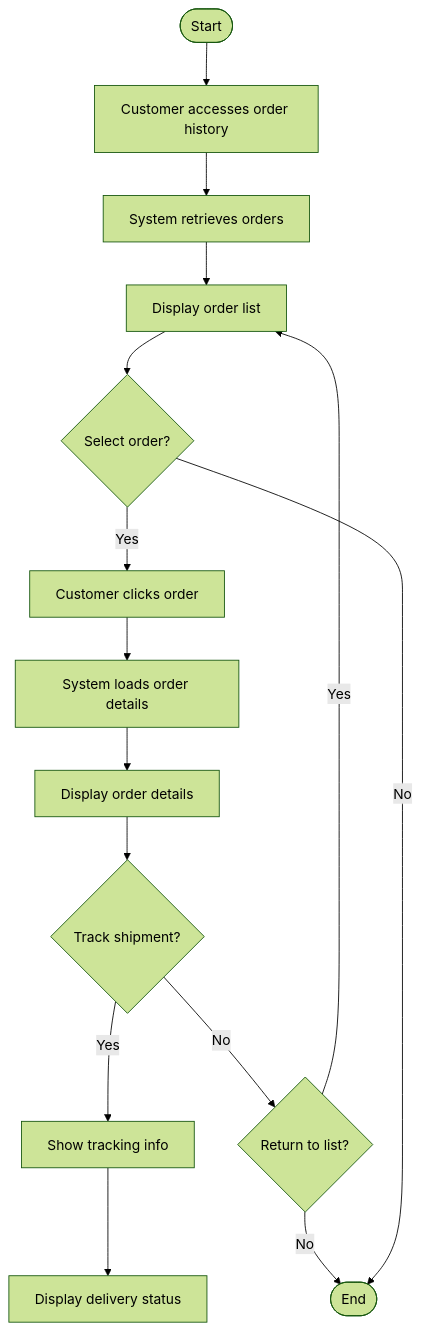
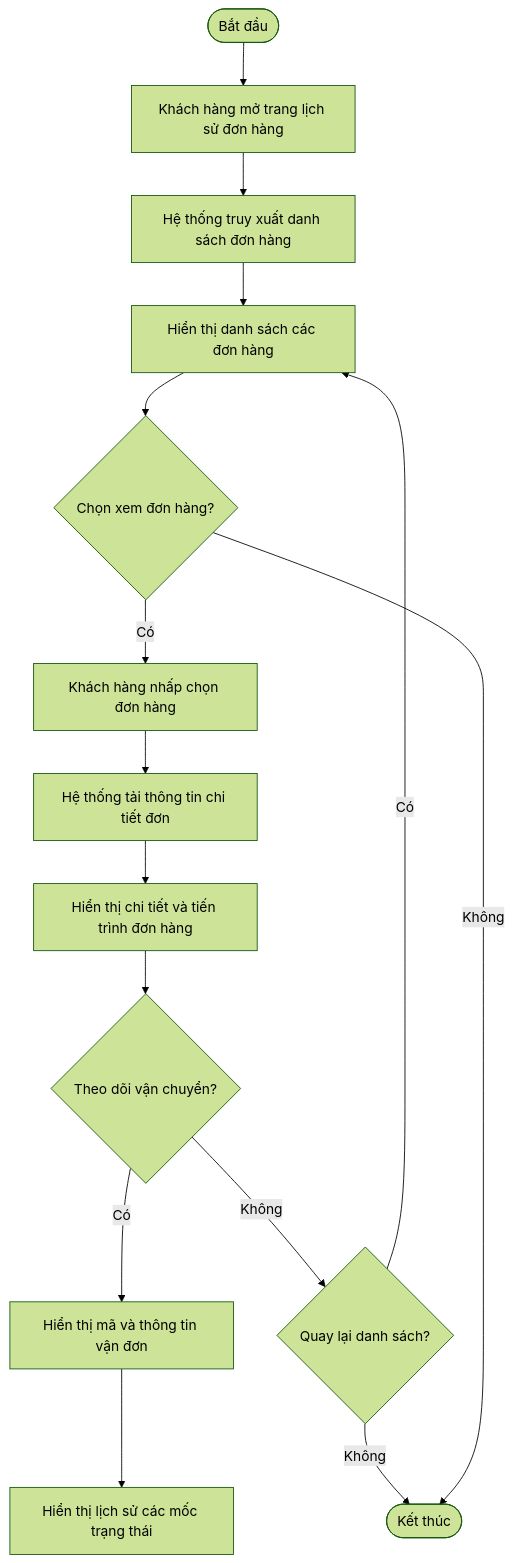
One commit to DanhTrannn/TLCN changed the ninth of 57 diagrams in docs/design-analysis/OOSAD_ANALYSIS.md. Above: the diagram before and after it, drawn with Mermaid (forest theme). The commit also changed other lines of this file, not shown here.

````diff
--- a/docs/design-analysis/OOSAD_ANALYSIS.md
+++ b/docs/design-analysis/OOSAD_ANALYSIS.md
@@ -870,17 +872,17 @@
 ```mermaid
 flowchart TD
-    Start([Start]) --> A[Customer accesses order history]
-    A --> B[System retrieves orders]
-    B --> C[Display order list]
-    C --> D{Select order?}
-    D -->|Yes| E[Customer clicks order]
-    E --> F[System loads order details]
-    F --> G[Display order details]
-    G --> H{Track shipment?}
-    H -->|Yes| I[Show tracking info]
-    I --> J[Display delivery status]
-    H -->|No| K{Return to list?}
-    K -->|Yes| C
-    K -->|No| L([End])
-    D -->|No| L
+    Start([Bắt đầu]) --> A[Khách hàng mở trang lịch sử đơn hàng]
+    A --> B[Hệ thống truy xuất danh sách đơn hàng]
+    B --> C[Hiển thị danh sách các đơn hàng]
+    C --> D{Chọn xem đơn hàng?}
+    D -->|Có| E[Khách hàng nhấp chọn đơn hàng]
+    E --> F[Hệ thống tải thông tin chi tiết đơn]
+    F --> G[Hiển thị chi tiết và tiến trình đơn hàng]
+    G --> H{Theo dõi vận chuyển?}
+    H -->|Có| I[Hiển thị mã và thông tin vận đơn]
+    I --> J[Hiển thị lịch sử các mốc trạng thái]
+    H -->|Không| K{Quay lại danh sách?}
+    K -->|Có| C
+    K -->|Không| L([Kết thúc])
+    D -->|Không| L
 ```
````
